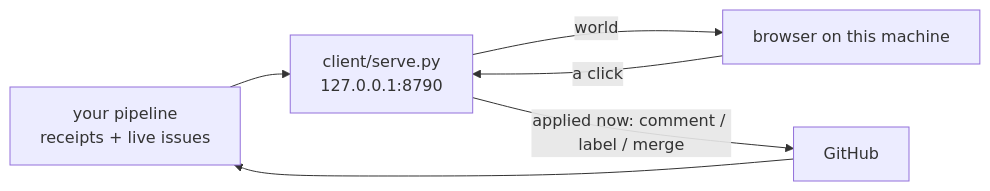
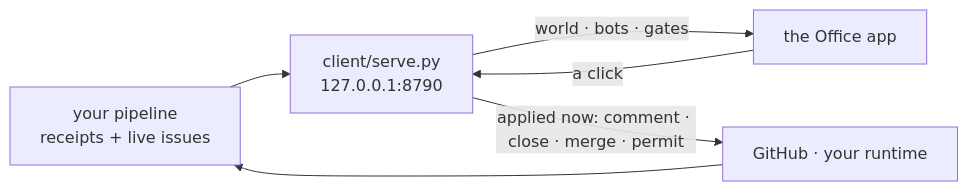
One commit to ariaxhan/nexus-office changed the diagram in README.md. Above: the diagram before and after it, drawn with Mermaid. The commit also changed other lines of this file and 36 other files, not shown here.

Commit message:
the web room is gone: the Mac app is the office, the door serves the API, README and CLAUDE.md say so

````diff
--- a/README.md
+++ b/README.md
@@ -14,8 +14,8 @@
 ```mermaid
 flowchart LR
   R[your pipeline<br/>receipts + live issues] --> S
-  S[client/serve.py<br/>127.0.0.1:8790] -->|world| B[browser on this machine]
-  B -->|a click| S
-  S -->|applied now: comment / label / merge| G[GitHub]
+  S[client/serve.py<br/>127.0.0.1:8790] -->|world · bots · gates| A[the Office app]
+  A -->|a click| S
+  S -->|applied now: comment · close · merge · permit| G[GitHub · your runtime]
   G --> R
 ```
````
